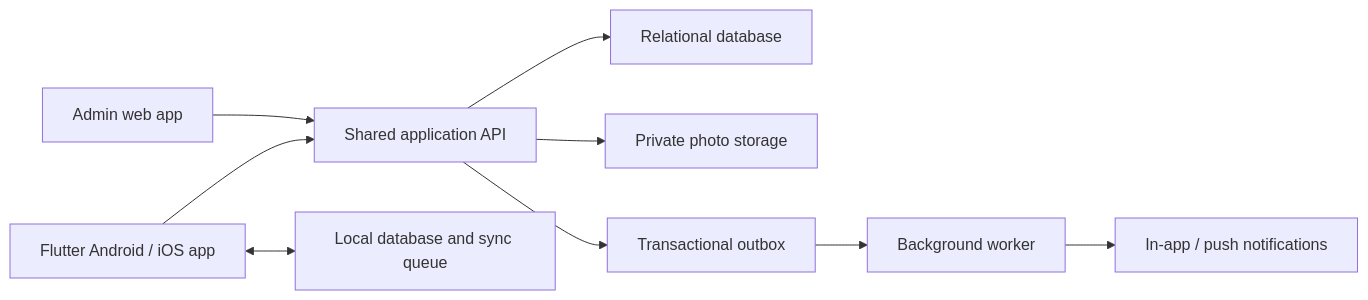
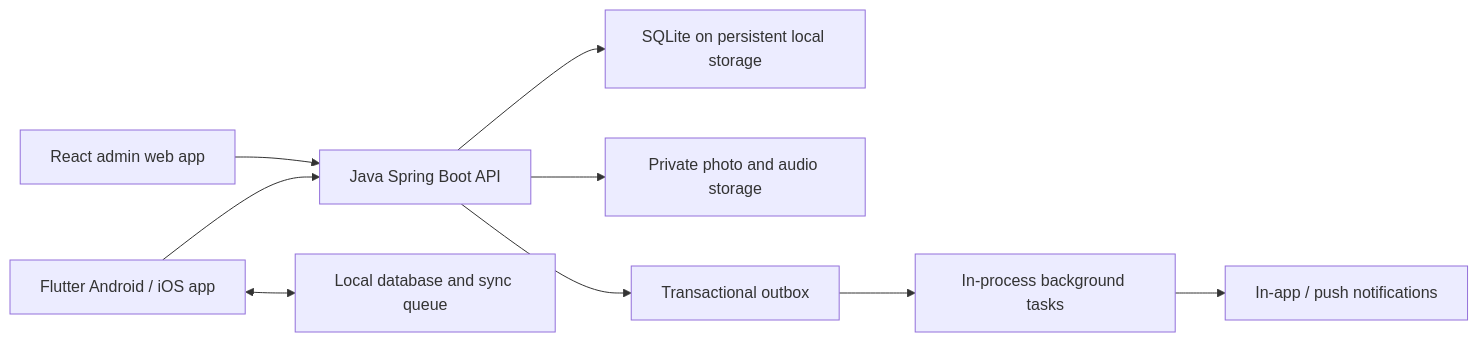
The third of 3 diagrams in docs/system-design.md (dbmoradiya/site-tracking-system), drawn with Mermaid before and after one commit. The commit also changed other lines of this file, not shown here.

````diff
--- a/docs/system-design.md
+++ b/docs/system-design.md
@@ -394,11 +454,11 @@
 ```mermaid
 flowchart LR
-    A[Admin web app] --> API[Shared application API]
+    A[React admin web app] --> API[Java Spring Boot API]
     F[Flutter Android / iOS app] --> API
     F <--> L[Local database and sync queue]
-    API --> DB[Relational database]
-    API --> O[Private photo storage]
+    API --> DB[SQLite on persistent local storage]
+    API --> O[Private photo and audio storage]
     API --> Q[Transactional outbox]
-    Q --> W[Background worker]
+    Q --> W[In-process background tasks]
     W --> N[In-app / push notifications]
 ```
````
